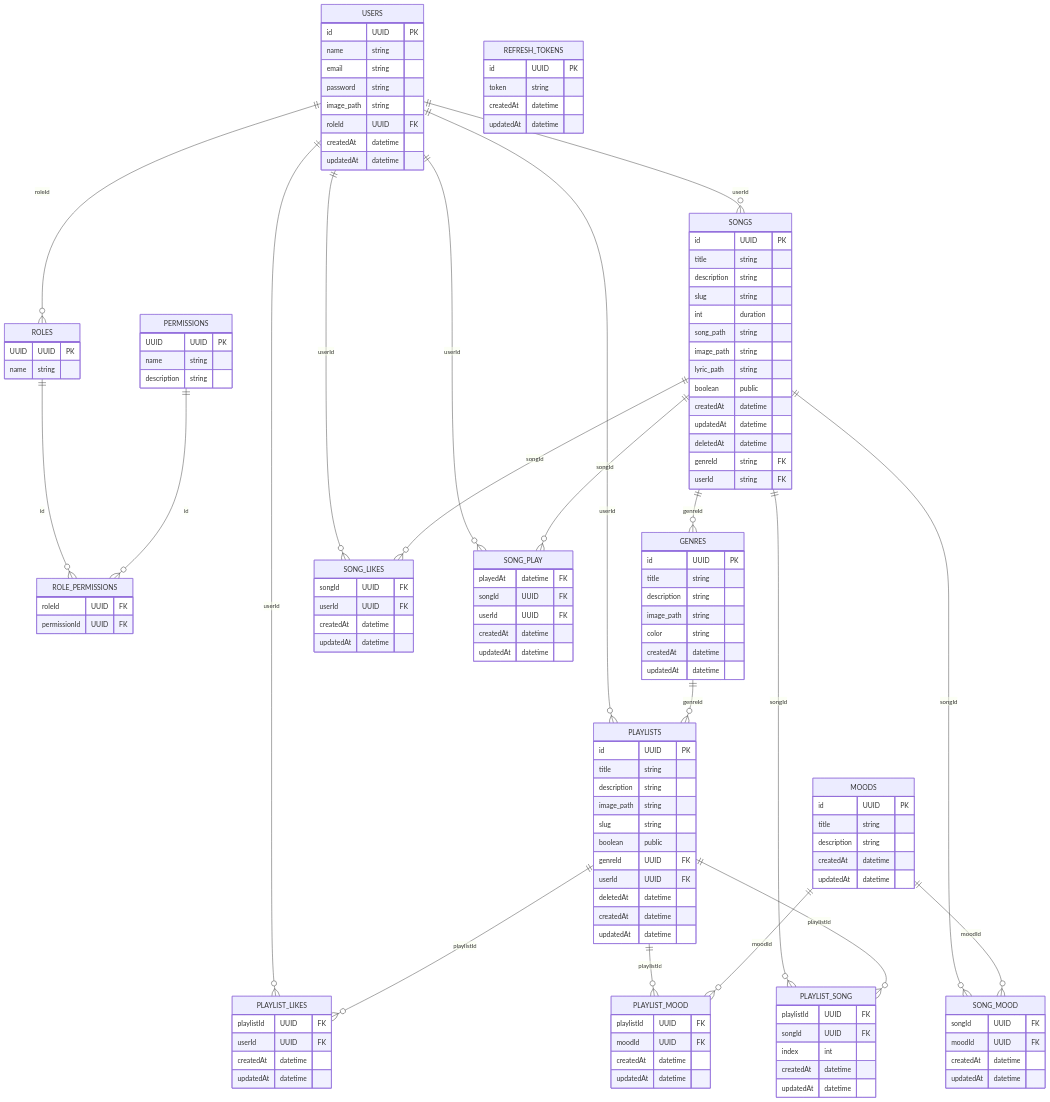
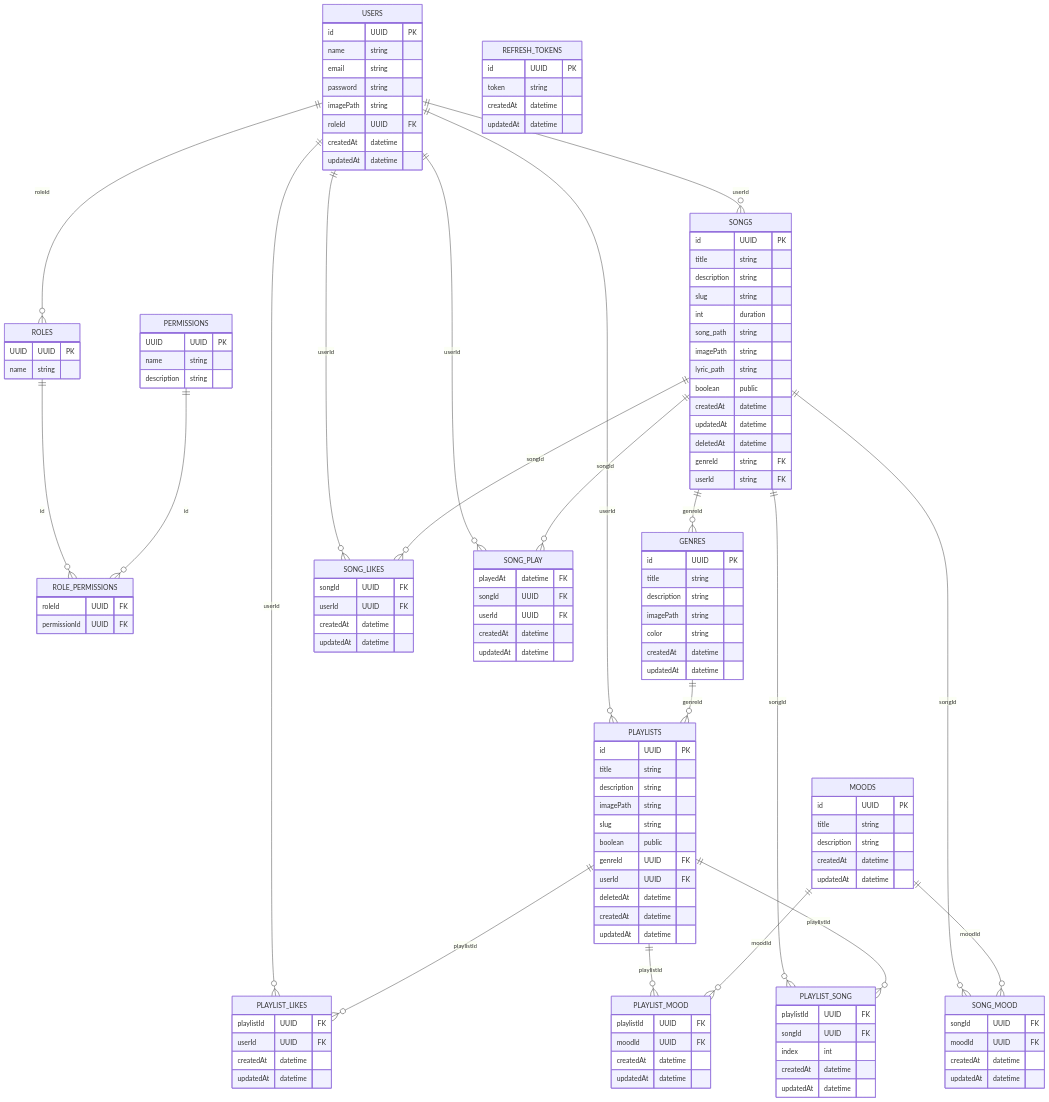
One commit to tanmaiii/cn-da21ttb-dinhtanmai-music-vibely-nextjs changed the diagram in src/mysql/Readme.md. Above: the diagram before and after it, drawn with Mermaid. The commit also changed 24 other files, not shown here.

```diff
--- a/src/mysql/Readme.md
+++ b/src/mysql/Readme.md
@@ -7,7 +7,7 @@
         name string
         email string
         password string
-        image_path string
+        imagePath string
         roleId UUID FK
         createdAt datetime
         updatedAt datetime
@@ -29,7 +29,7 @@
         id UUID PK
         title string
         description string
-        image_path string
+        imagePath string
         slug string
         boolean public
         genreId UUID FK
@@ -61,7 +61,7 @@
         id UUID PK
         title string
         description string
-        image_path string
+        imagePath string
         color string
         createdAt datetime
         updatedAt datetime
@@ -80,7 +80,7 @@
         slug string
         int duration
         song_path string
-        image_path string
+        imagePath string
         lyric_path string
         boolean public
         createdAt datetime
```
